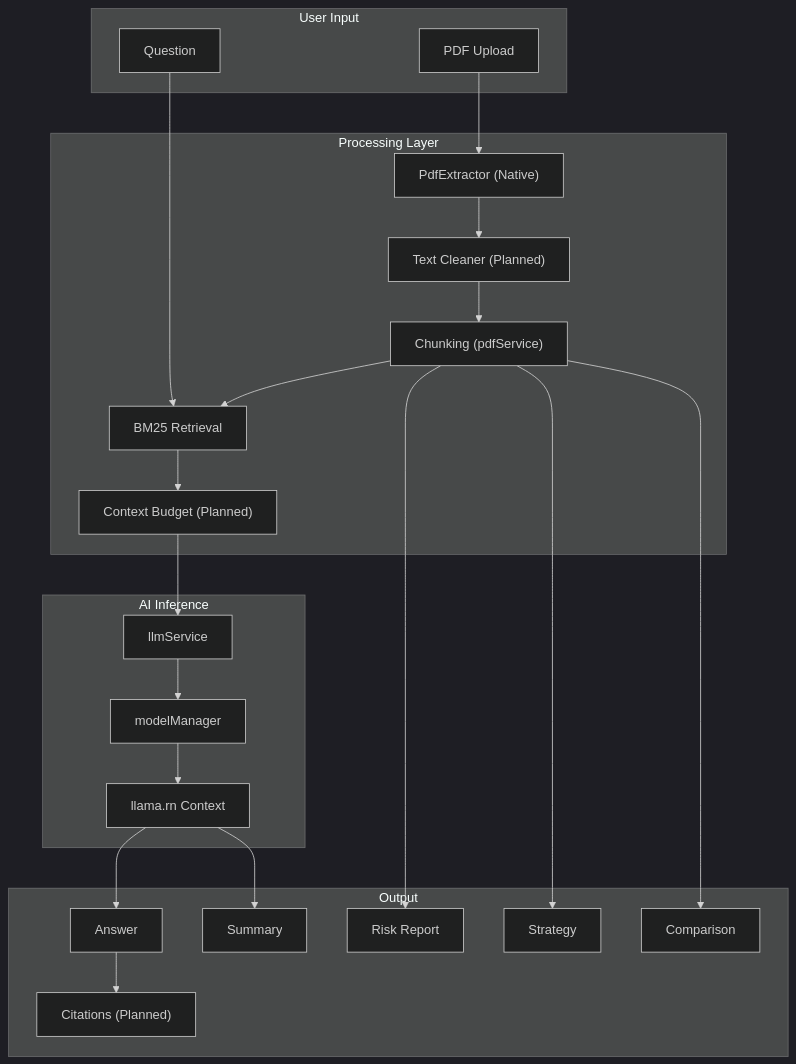
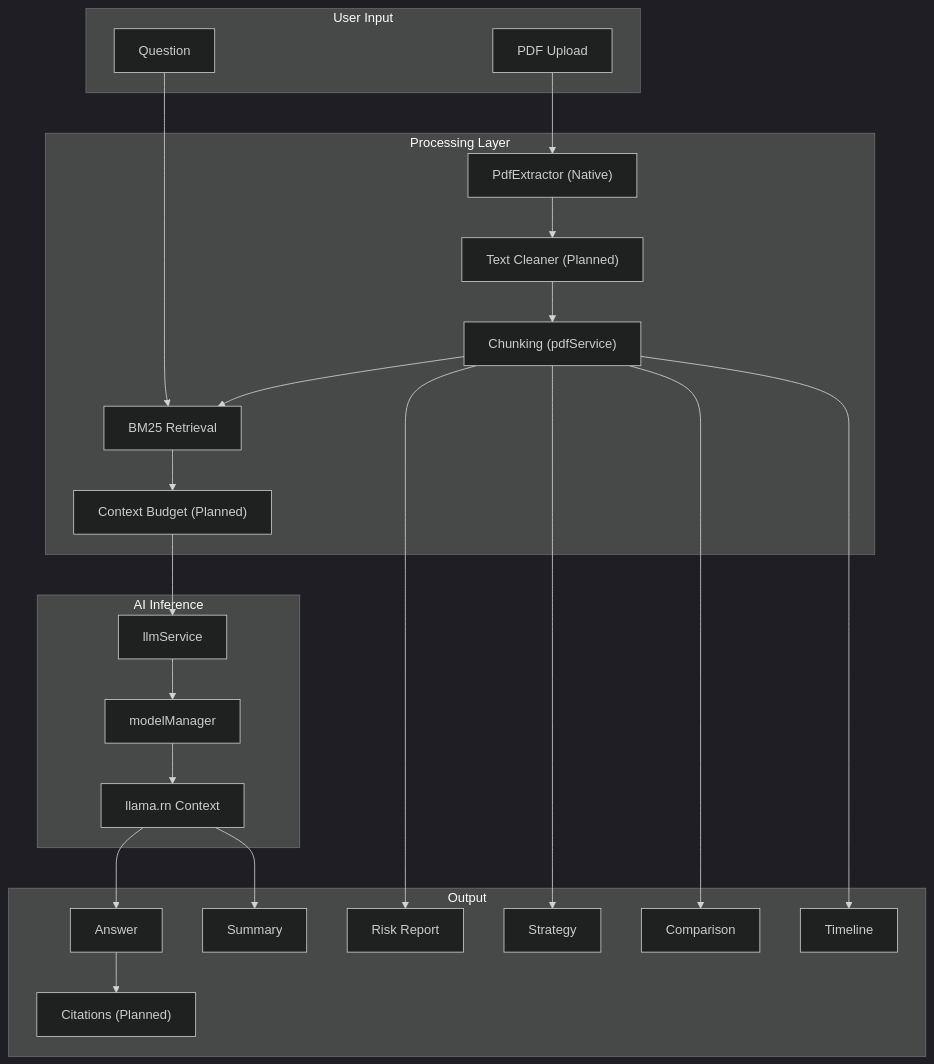
The first of 15 diagrams in docs/04-data-flow.md (Nani040905/mobile-legal-ai-assistant), drawn with Mermaid (dark theme) before and after one commit. The commit also changed other lines of this file and 3 other files, not shown here.

Commit message:
Docs: Update architecture documentation for Phase 19 Timeline Generator

````diff
--- a/docs/04-data-flow.md
+++ b/docs/04-data-flow.md
@@ -5,42 +5,44 @@
 ```mermaid
 graph TB
     subgraph Input["User Input"]
         Q["Question"]
         PDF["PDF Upload"]
     end
 
     subgraph Processing["Processing Layer"]
         PE["PdfExtractor (Native)"]
         CHUNK["Chunking (pdfService)"]
         BM25["BM25 Retrieval"]
         CB["Context Budget (Planned)"]
         CLEAN["Text Cleaner (Planned)"]
     end
 
     subgraph AI["AI Inference"]
         LLM["llmService"]
         MM["modelManager"]
         LLAMA["llama.rn Context"]
     end
 
     subgraph Output["Output"]
         ANS["Answer"]
         SUM["Summary"]
         CIT["Citations (Planned)"]
         RISK["Risk Report"]
         STRAT["Strategy"]
         COMPARE["Comparison"]
+        TIMELINE["Timeline"]
     end
 
     PDF --> PE --> CLEAN --> CHUNK
     Q --> BM25
     CHUNK --> BM25
     BM25 --> CB --> LLM
     LLM --> MM --> LLAMA
     LLAMA --> ANS
     LLAMA --> SUM
     ANS --> CIT
     CHUNK --> RISK
     CHUNK --> STRAT
     CHUNK --> COMPARE
+    CHUNK --> TIMELINE
 ```
````
